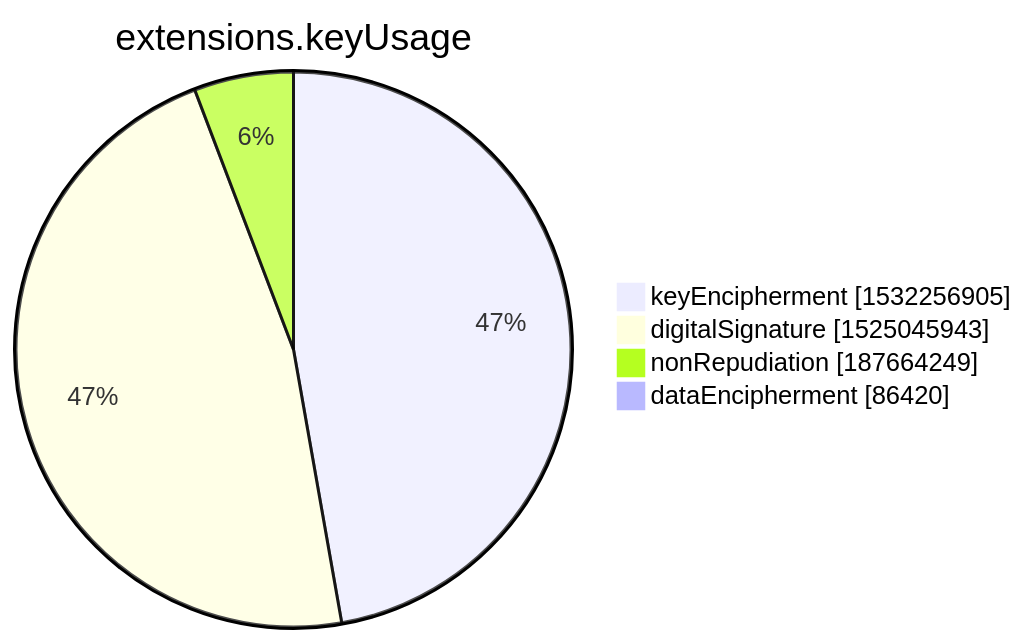
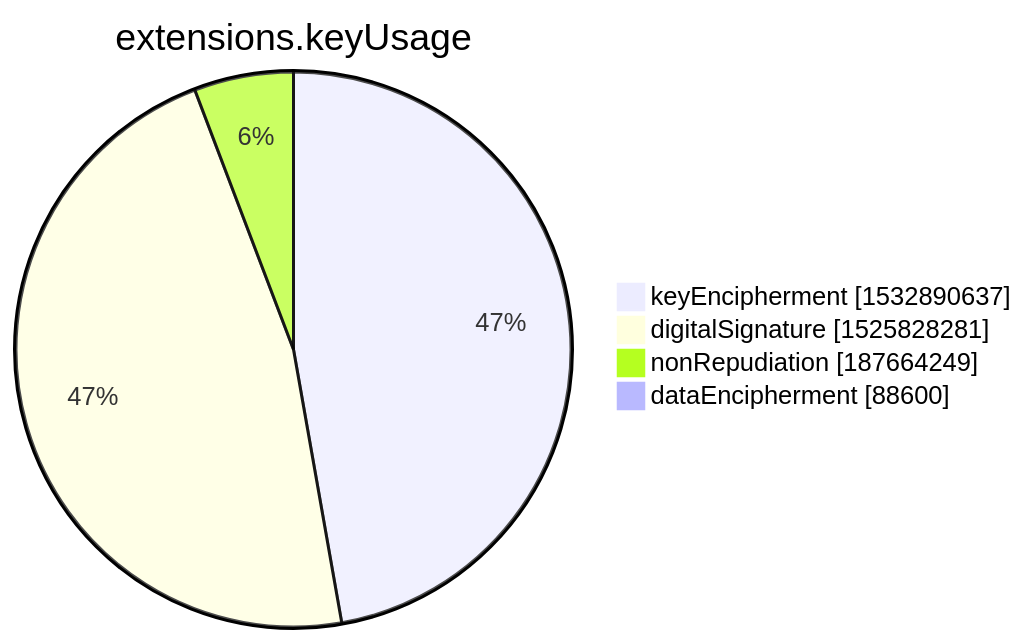
Before and after one commit to christiankrug/ctmonitor_visualization: the seventh of 15 diagrams in xenon2022/README.md, drawn with Mermaid. The commit also changed other lines of this file, not shown here.

````diff
--- a/xenon2022/README.md
+++ b/xenon2022/README.md
@@ -2849,8 +2849,8 @@
 ```mermaid
 pie showData
 title extensions.keyUsage
-"keyEncipherment" :1532256905
-"digitalSignature" :1525045943
+"keyEncipherment" :1532890637
+"digitalSignature" :1525828281
 "nonRepudiation" :187664249
-"dataEncipherment" :86420
+"dataEncipherment" :88600
 ```
````
